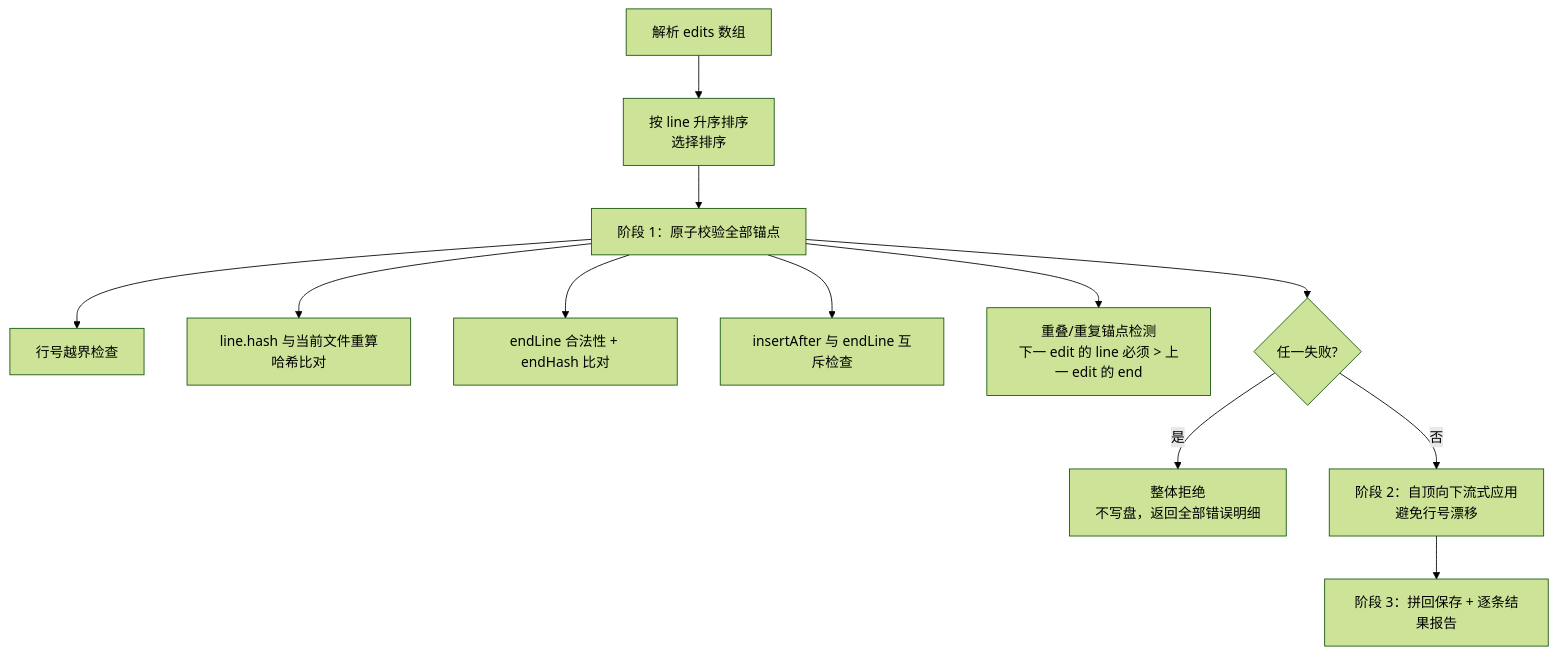
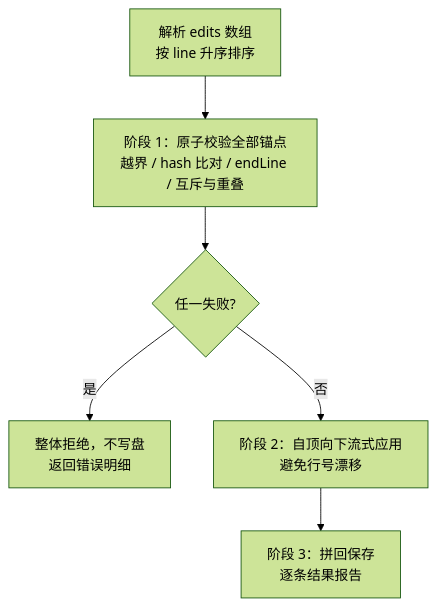
One commit to yuekcc/mini-pi changed the fifth of 6 diagrams in docs/arch.md. Above: the diagram before and after it, drawn with Mermaid (forest theme). The commit also changed other lines of this file, not shown here.

````diff
--- a/docs/arch.md
+++ b/docs/arch.md
@@ -338,14 +274,8 @@
 ```mermaid
 flowchart TD
-    A[解析 edits 数组] --> B[按 line 升序排序<br/>选择排序]
-    B --> C[阶段 1：原子校验全部锚点]
-    C --> C1[行号越界检查]
-    C --> C2[line.hash 与当前文件重算哈希比对]
-    C --> C3[endLine 合法性 + endHash 比对]
-    C --> C4[insertAfter 与 endLine 互斥检查]
-    C --> C5[重叠/重复锚点检测<br/>下一 edit 的 line 必须 > 上一 edit 的 end]
-    C --> D{任一失败?}
-    D -->|是| E[整体拒绝<br/>不写盘，返回全部错误明细]
-    D -->|否| F[阶段 2：自顶向下流式应用<br/>避免行号漂移]
-    F --> G[阶段 3：拼回保存 + 逐条结果报告]
+    A["解析 edits 数组<br/>按 line 升序排序"] --> B["阶段 1：原子校验全部锚点<br/>越界 / hash 比对 / endLine / 互斥与重叠"]
+    B --> C{"任一失败?"}
+    C -->|是| D["整体拒绝，不写盘<br/>返回错误明细"]
+    C -->|否| E["阶段 2：自顶向下流式应用<br/>避免行号漂移"]
+    E --> F["阶段 3：拼回保存<br/>逐条结果报告"]
 ```
````
